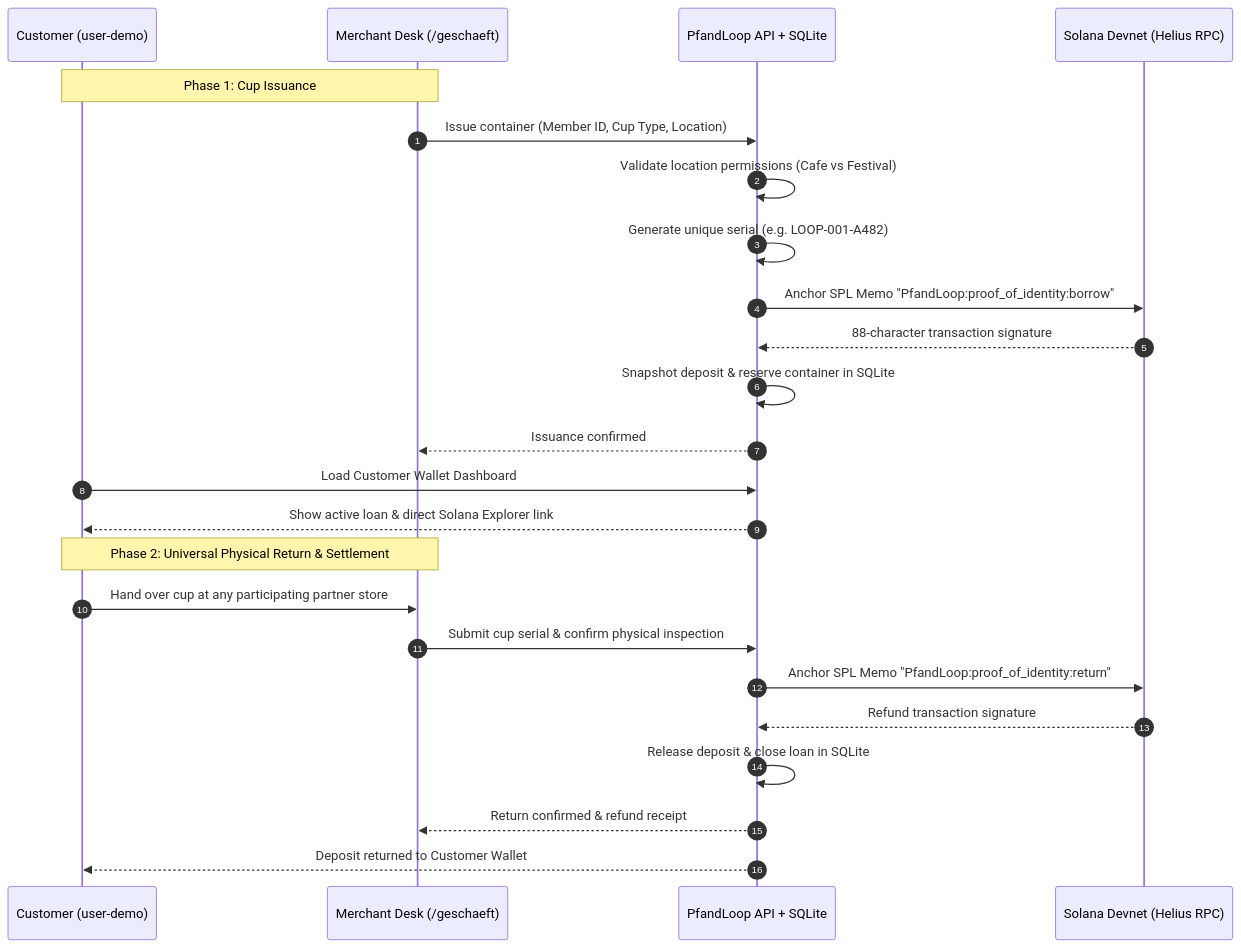
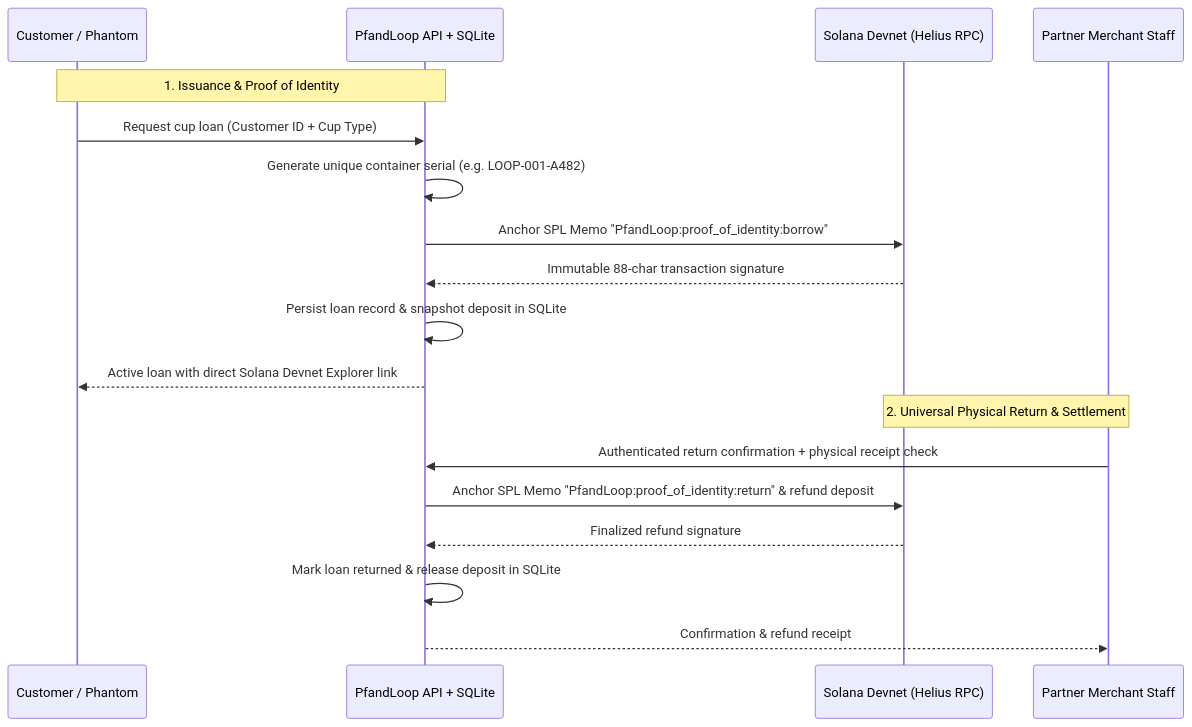
The diagram in README.md (blitzlive/SolanaChallange2026), drawn with Mermaid before and after one commit. The commit also changed other lines of this file and 2 other files, not shown here.

````diff
--- a/README.md
+++ b/README.md
@@ -110,28 +104,22 @@
 ```mermaid
 sequenceDiagram
-  autonumber
-  participant C as Customer (user-demo)
-  participant M as Merchant Desk (/geschaeft)
-  participant API as PfandLoop API + SQLite
+  participant C as Customer / Phantom
+  participant A as PfandLoop API + SQLite
   participant S as Solana Devnet (Helius RPC)
-
-  Note over C,M: Phase 1: Cup Issuance
-  M->>API: Issue container (Member ID, Cup Type, Location)
-  API->>API: Validate location permissions (Cafe vs Festival)
-  API->>API: Generate unique serial (e.g. LOOP-001-A482)
-  API->>S: Anchor SPL Memo "PfandLoop:proof_of_identity:borrow"
-  S-->>API: 88-character transaction signature
-  API->>API: Snapshot deposit & reserve container in SQLite
-  API-->>M: Issuance confirmed
-  C->>API: Load Customer Wallet Dashboard
-  API-->>C: Show active loan & direct Solana Explorer link
-
-  Note over C,M: Phase 2: Universal Physical Return & Settlement
-  C->>M: Hand over cup at any participating partner store
-  M->>API: Submit cup serial & confirm physical inspection
-  API->>S: Anchor SPL Memo "PfandLoop:proof_of_identity:return"
-  S-->>API: Refund transaction signature
-  API->>API: Release deposit & close loan in SQLite
-  API-->>M: Return confirmed & refund receipt
-  API-->>C: Deposit returned to Customer Wallet
+  participant B as Partner Merchant Staff
+  
+  Note over C,A: 1. Issuance & Proof of Identity
+  C->>A: Request cup loan (Customer ID + Cup Type)
+  A->>A: Generate unique container serial (e.g. LOOP-001-A482)
+  A->>S: Anchor SPL Memo "PfandLoop:proof_of_identity:borrow"
+  S-->>A: Immutable 88-char transaction signature
+  A->>A: Persist loan record & snapshot deposit in SQLite
+  A-->>C: Active loan with direct Solana Devnet Explorer link
+  
+  Note over B,S: 2. Universal Physical Return & Settlement
+  B->>A: Authenticated return confirmation + physical receipt check
+  A->>S: Anchor SPL Memo "PfandLoop:proof_of_identity:return" & refund deposit
+  S-->>A: Finalized refund signature
+  A->>A: Mark loan returned & release deposit in SQLite
+  A-->>B: Confirmation & refund receipt
 ```
````
